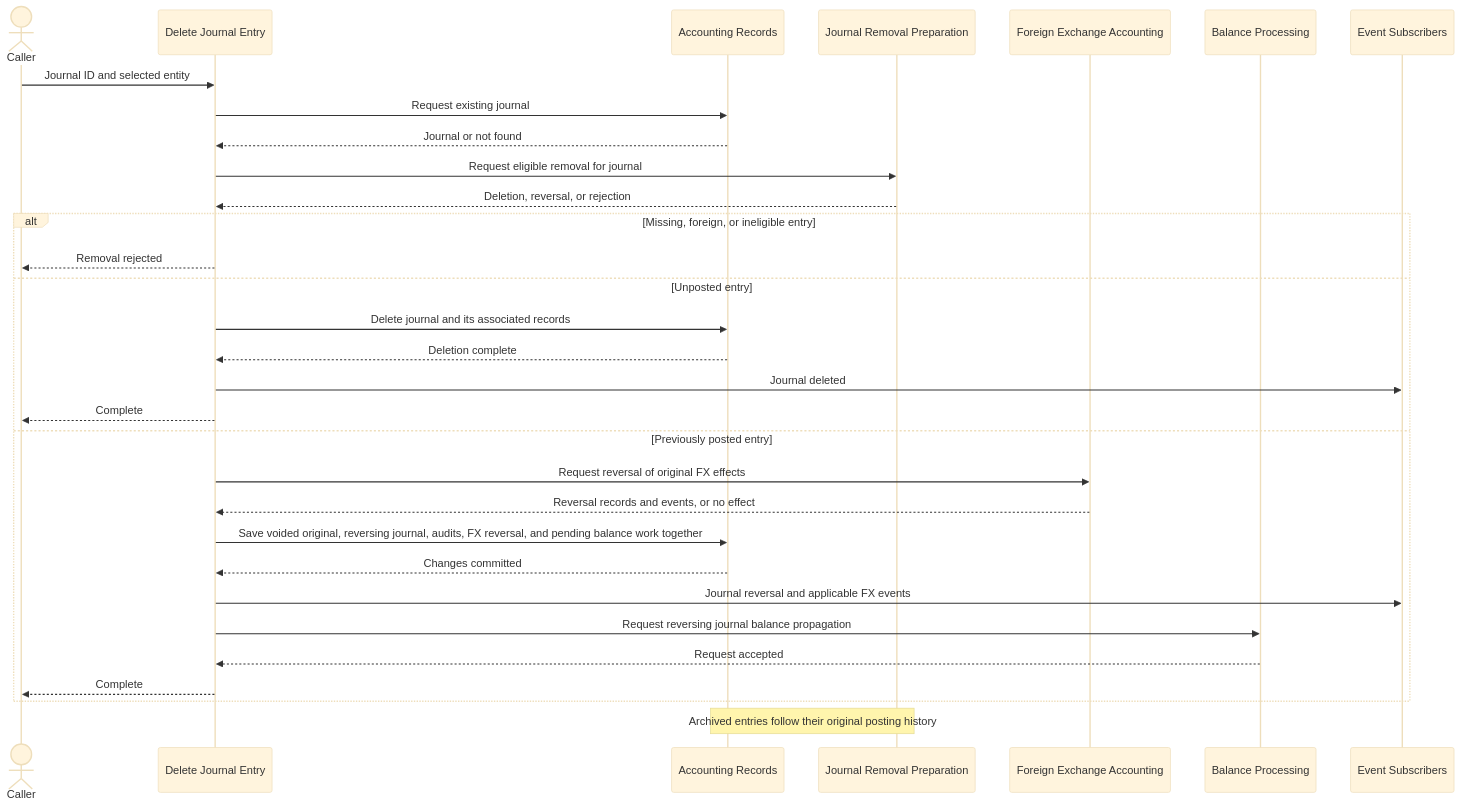
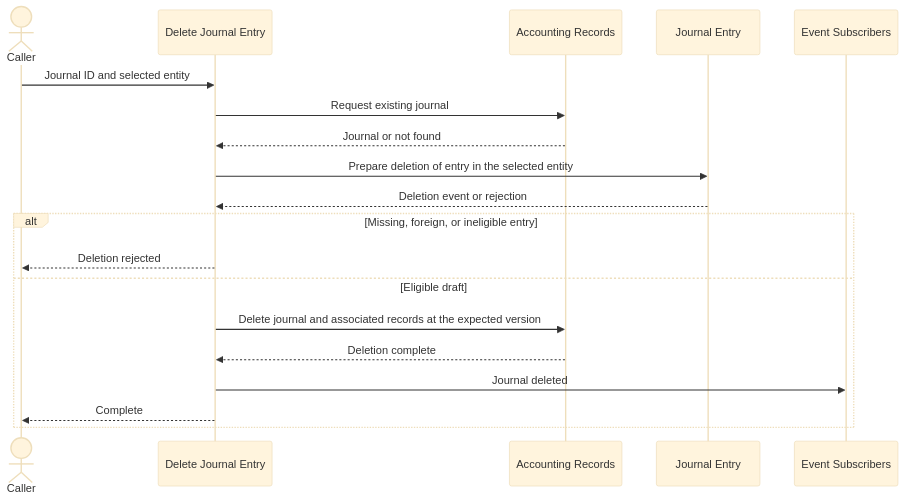
Before and after one commit to drimsheet/drimsheet-core: the diagram in src/app/journal-entry/usecases/__docs__/delete-journal-entry.sequence.md, drawn with Mermaid (base theme). The commit also changed 54 other files, not shown here.

Commit message:
feat(journal-entries): add voiding and restrict deletion to drafts

````diff
--- a/src/app/journal-entry/usecases/__docs__/delete-journal-entry.sequence.md
+++ b/src/app/journal-entry/usecases/__docs__/delete-journal-entry.sequence.md
@@ -3,34 +3,22 @@
 ```mermaid
 sequenceDiagram
     actor Caller
     participant Delete as Delete Journal Entry
     participant Records as Accounting Records
-    participant Removal as Journal Removal Preparation
-    participant FX as Foreign Exchange Accounting
-    participant Balances as Balance Processing
+    participant Journal as Journal Entry
     participant Events as Event Subscribers
 
     Caller->>Delete: Journal ID and selected entity
     Delete->>Records: Request existing journal
     Records-->>Delete: Journal or not found
-    Delete->>Removal: Request eligible removal for journal
-    Removal-->>Delete: Deletion, reversal, or rejection
+    Delete->>Journal: Prepare deletion of entry in the selected entity
+    Journal-->>Delete: Deletion event or rejection
     alt Missing, foreign, or ineligible entry
-        Delete-->>Caller: Removal rejected
-    else Unposted entry
-        Delete->>Records: Delete journal and its associated records
+        Delete-->>Caller: Deletion rejected
+    else Eligible draft
+        Delete->>Records: Delete journal and associated records at the expected version
         Records-->>Delete: Deletion complete
         Delete->>Events: Journal deleted
         Delete-->>Caller: Complete
-    else Previously posted entry
-        Delete->>FX: Request reversal of original FX effects
-        FX-->>Delete: Reversal records and events, or no effect
-        Delete->>Records: Save voided original, reversing journal, audits, FX reversal, and pending balance work together
-        Records-->>Delete: Changes committed
-        Delete->>Events: Journal reversal and applicable FX events
-        Delete->>Balances: Request reversing journal balance propagation
-        Balances-->>Delete: Request accepted
-        Delete-->>Caller: Complete
     end
-    Note over Removal,Records: Archived entries follow their original posting history
 ```
````
